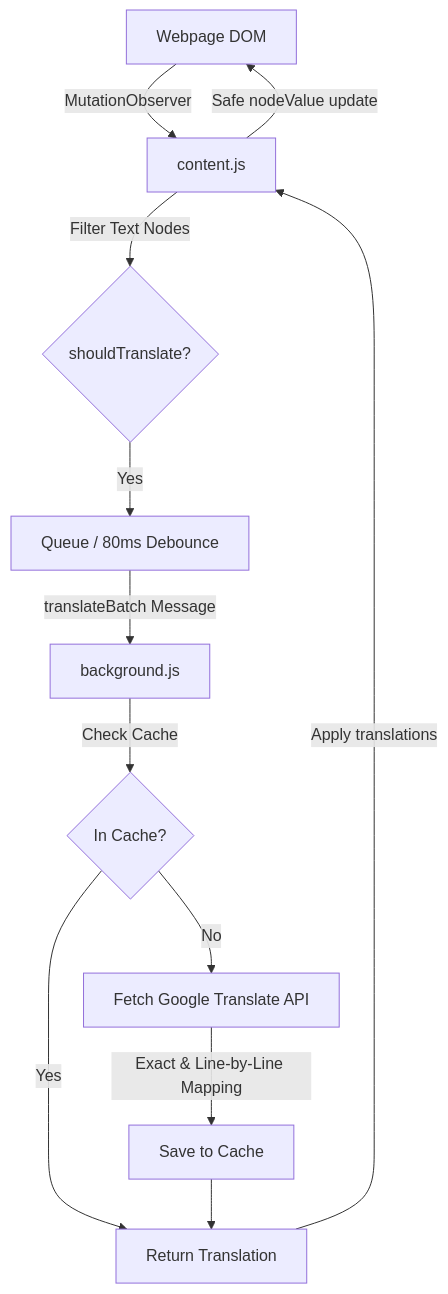
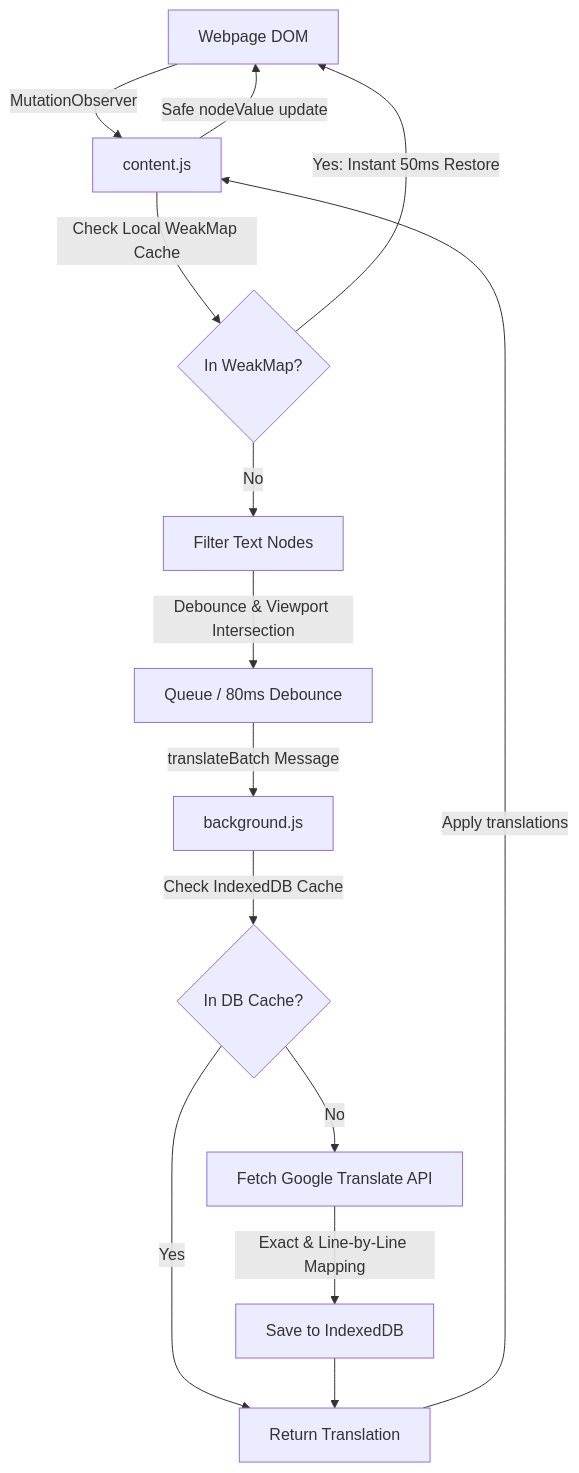
The diagram in README.md (HarshaTheCode/aura-translate), drawn with Mermaid before and after one commit. The commit also changed other lines of this file, not shown here.

Commit message:
docs: update README.md to v1.2.0 with all features and future roadmap

````diff
--- a/README.md
+++ b/README.md
@@ -41,14 +39,16 @@
 ```mermaid
 graph TD
     A[Webpage DOM] -->|MutationObserver| B[content.js]
-    B -->|Filter Text Nodes| C{shouldTranslate?}
-    C -->|Yes| D[Queue / 80ms Debounce]
-    D -->|translateBatch Message| E[background.js]
-    E -->|Check Cache| F{In Cache?}
-    F -->|Yes| G[Return Translation]
-    F -->|No| H[Fetch Google Translate API]
-    H -->|Exact & Line-by-Line Mapping| I[Save to Cache]
-    I --> G
-    G -->|Apply translations| B
+    B -->|Check Local WeakMap Cache| C{In WeakMap?}
+    C -->|Yes: Instant 50ms Restore| A
+    C -->|No| D[Filter Text Nodes]
+    D -->|Debounce & Viewport Intersection| E[Queue / 80ms Debounce]
+    E -->|translateBatch Message| F[background.js]
+    F -->|Check IndexedDB Cache| G{In DB Cache?}
+    G -->|Yes| H[Return Translation]
+    G -->|No| I[Fetch Google Translate API]
+    I -->|Exact & Line-by-Line Mapping| J[Save to IndexedDB]
+    J --> H
+    H -->|Apply translations| B
     B -->|Safe nodeValue update| A
 ```
````
